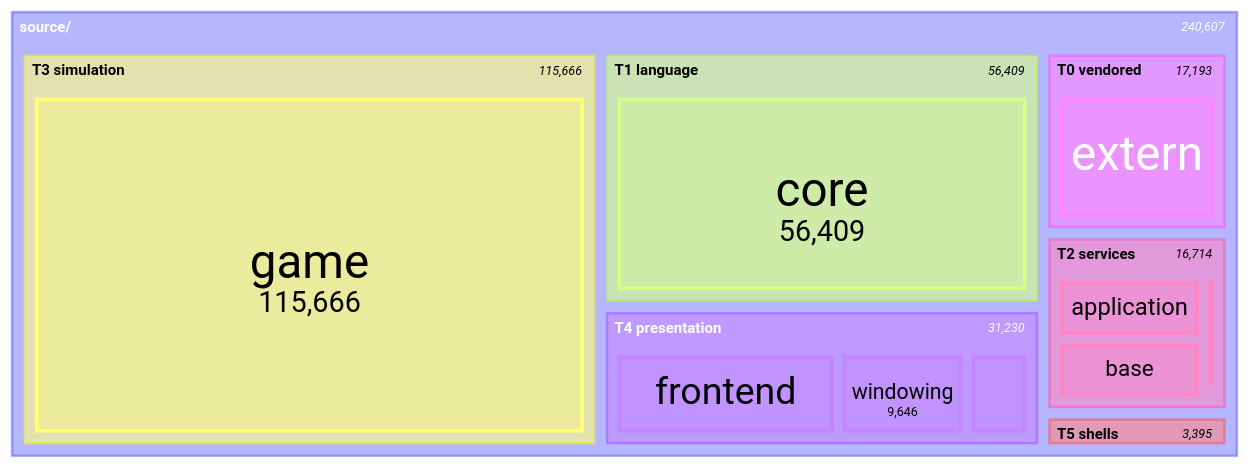
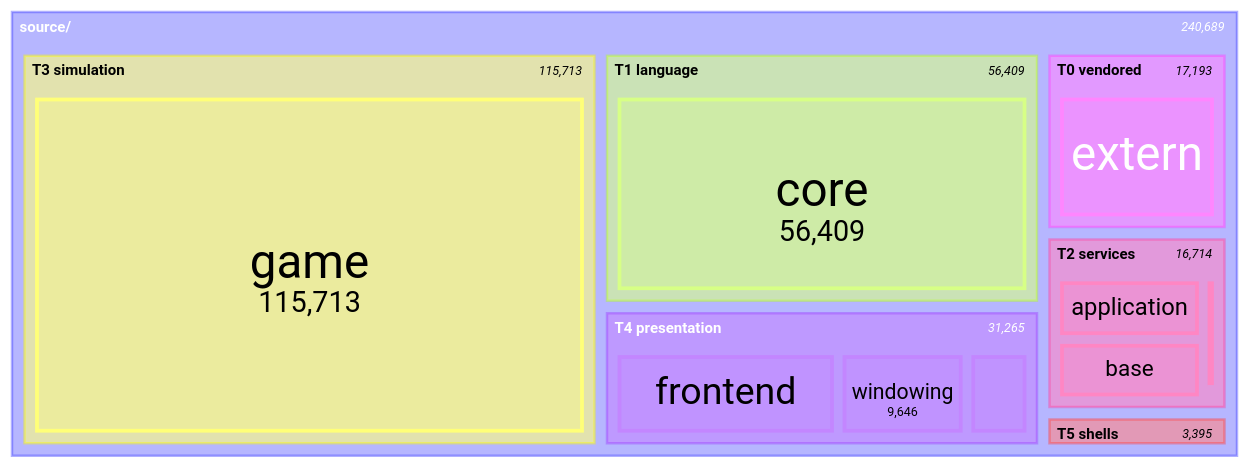
One commit to apnex/OpenStarbound changed the seventh of 11 diagrams in docs/architecture/system-boundaries.md. Above: the diagram before and after it, drawn with Mermaid. The commit also changed other lines of this file and 3 other files, not shown here.

````diff
--- a/docs/architecture/system-boundaries.md
+++ b/docs/architecture/system-boundaries.md
@@ -592,22 +592,22 @@
 ```mermaid
 treemap-beta
 "source/"
     "T0 vendored"
         "extern": 17193
     "T1 language"
         "core": 56409
     "T2 services"
         "application": 7677
         "base": 7472
         "metrics": 1423
         "platform": 142
     "T3 simulation"
-        "game": 115666
+        "game": 115713
     "T4 presentation"
         "frontend": 16863
         "windowing": 9646
-        "rendering": 4721
+        "rendering": 4756
     "T5 shells"
         "client": 2612
         "server": 783
 ```
````
